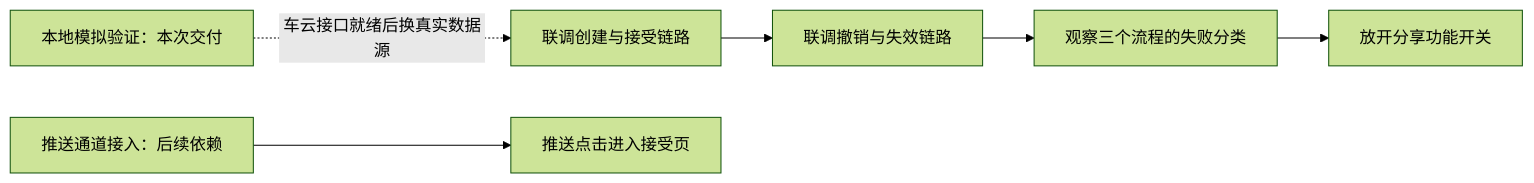
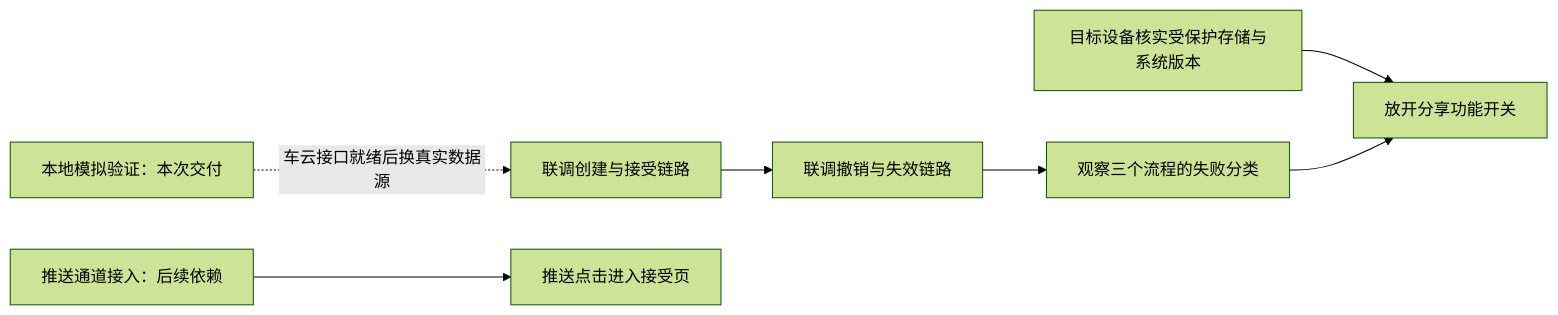
The seventh of 7 diagrams in doc/plan/1.9.9/金样候选/car-key-sharing/AR/story.md (sqsqsq/SimulatedWalletForHmos), drawn with Mermaid (forest theme) before and after one commit. The commit also changed other lines of this file and 20 other files, not shown here.

````diff
--- a/doc/plan/1.9.9/金样候选/car-key-sharing/AR/story.md
+++ b/doc/plan/1.9.9/金样候选/car-key-sharing/AR/story.md
@@ -514,8 +589,9 @@
 ```mermaid
 flowchart LR
     S[本地模拟验证：本次交付] -.车云接口就绪后换真实数据源.-> A
     A[联调创建与接受链路] --> B[联调撤销与失效链路]
     B --> C[观察三个流程的失败分类]
+    DEV[目标设备核实受保护存储与系统版本] --> D
     C --> D[放开分享功能开关]
     P[推送通道接入：后续依赖] --> E[推送点击进入接受页]
 ```
````
